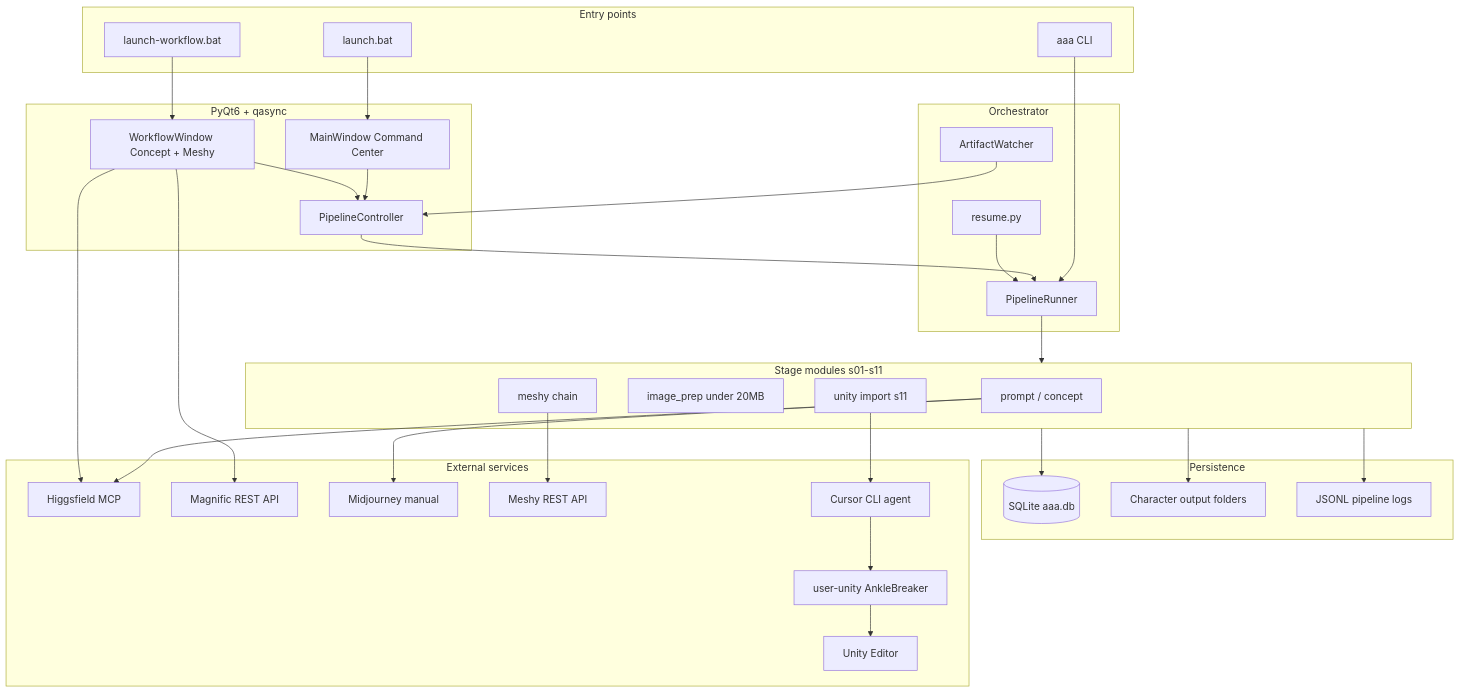
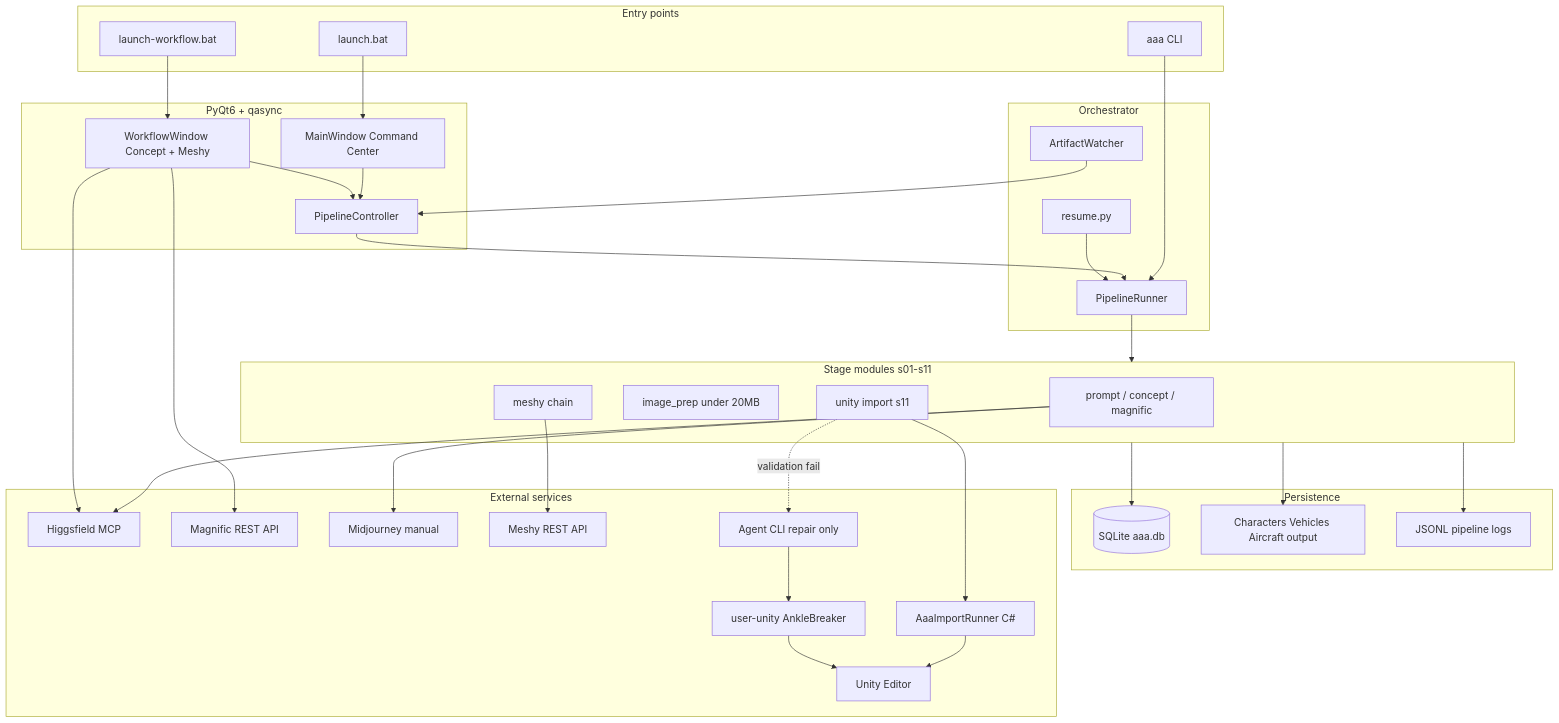
One commit to EazyTom/asset-assembly-automator changed the second of 7 diagrams in README.md. Above: the diagram before and after it, drawn with Mermaid. The commit also changed other lines of this file and 2 other files, not shown here.

````diff
--- a/README.md
+++ b/README.md
@@ -99,56 +101,58 @@
 ```mermaid
 flowchart TB
     subgraph entry [Entry points]
         LB[launch.bat]
         LWF[launch-workflow.bat]
         CLI[aaa CLI]
     end
     subgraph gui [PyQt6 + qasync]
         MW[MainWindow Command Center]
         WW[WorkflowWindow Concept + Meshy]
         PC[PipelineController]
     end
     subgraph orch [Orchestrator]
         PR[PipelineRunner]
         RS[resume.py]
         AW[ArtifactWatcher]
     end
     subgraph stages [Stage modules s01-s11]
-        S1[prompt / concept]
+        S1[prompt / concept / magnific]
         S2[image_prep under 20MB]
         S3[meshy chain]
         S4[unity import s11]
     end
     subgraph data [Persistence]
         DB[(SQLite aaa.db)]
-        OUT[Character output folders]
+        OUT[Characters Vehicles Aircraft output]
         LOG[JSONL pipeline logs]
     end
     subgraph external [External services]
         HF[Higgsfield MCP]
         MAG[Magnific REST API]
         MJ[Midjourney manual]
         MS[Meshy REST API]
-        CUR[Cursor CLI agent]
+        CS[AaaImportRunner C#]
+        CUR[Agent CLI repair only]
         UMC[user-unity AnkleBreaker]
         UE[Unity Editor]
     end
     LB --> MW
     LWF --> WW
     CLI --> PR
     MW --> PC
     WW --> PC
     PC --> PR
     PR --> stages
     stages --> DB
     stages --> OUT
     stages --> LOG
     S1 --> HF
     WW --> HF
     WW --> MAG
     S1 --> MJ
     S3 --> MS
-    S4 --> CUR --> UMC --> UE
+    S4 --> CS --> UE
+    S4 -.->|validation fail| CUR --> UMC --> UE
     AW --> PC
     RS --> PR
 ```
````
